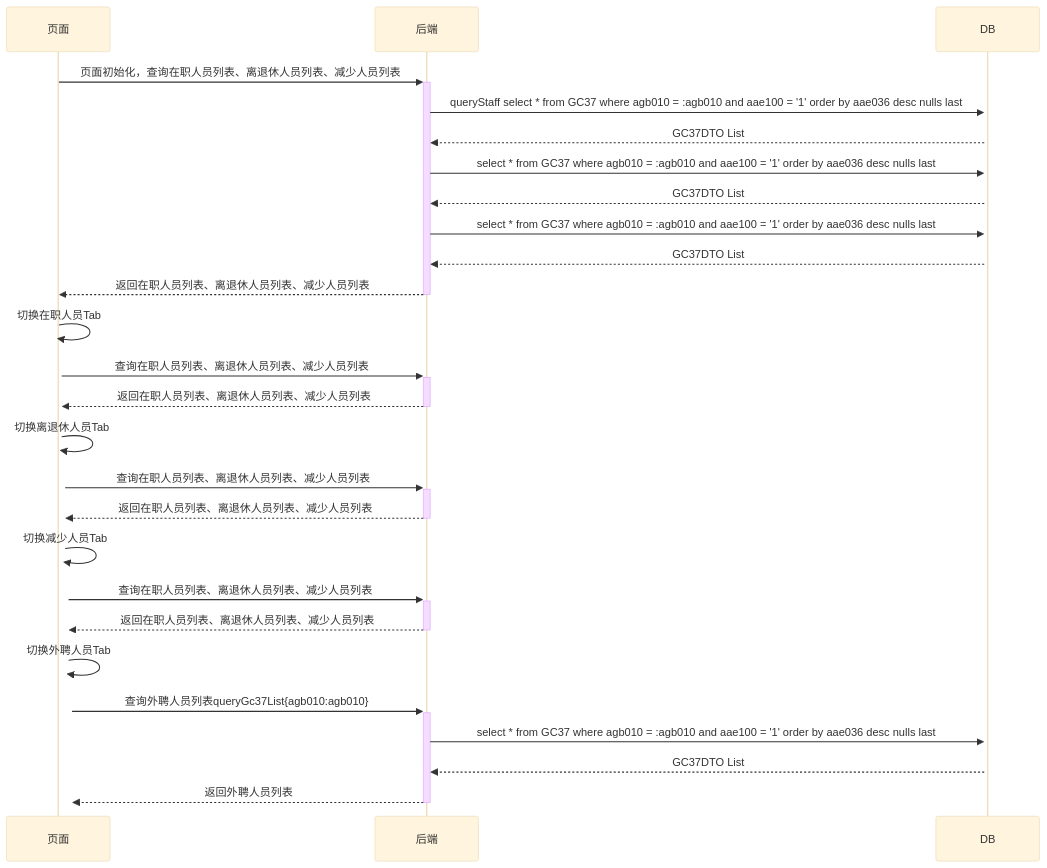
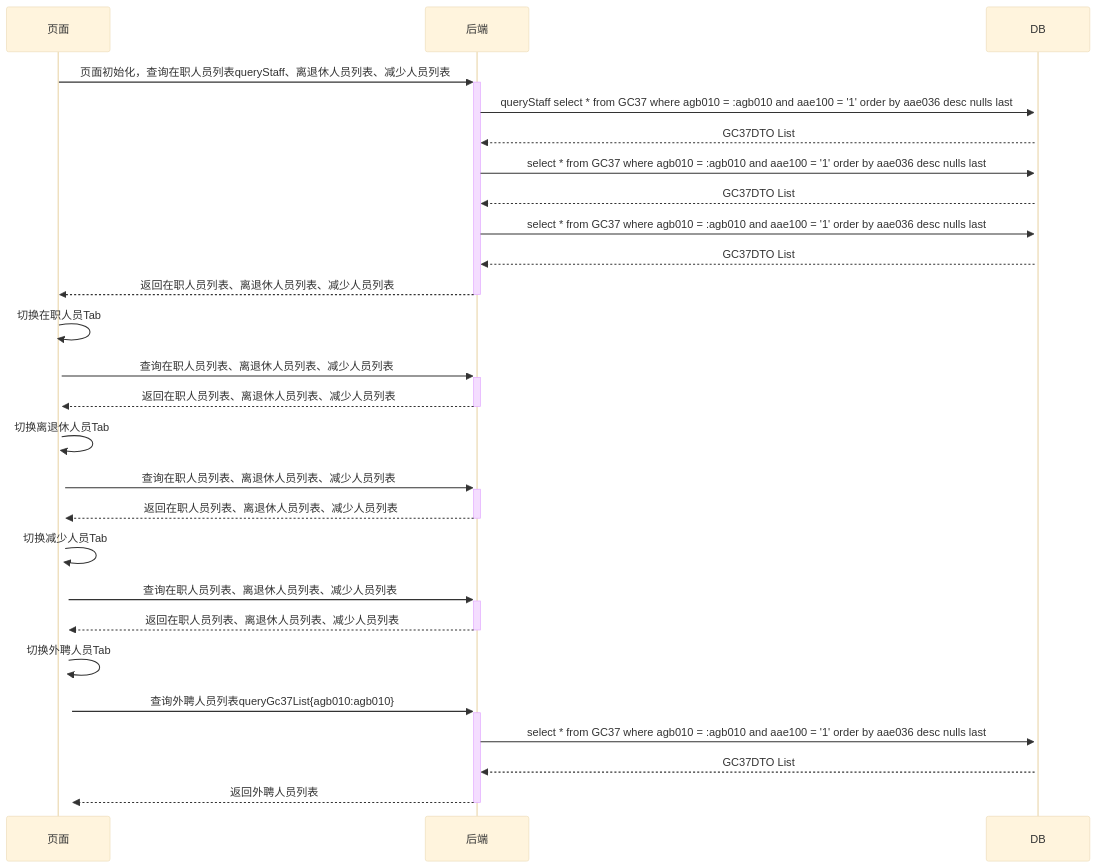
Before and after one commit to ZhangJianBeiJing/iodraw-files: the diagram in all/人员基本信息初始化页面多Tab调用业务流程.md, drawn with Mermaid (base theme).

Commit message:
2025-03-25 10:37:02 update

````diff
--- a/all/人员基本信息初始化页面多Tab调用业务流程.md
+++ b/all/人员基本信息初始化页面多Tab调用业务流程.md
@@ -1,25 +1,25 @@
 ```mermaid
 sequenceDiagram
-    页面->>+后端: 页面初始化，查询在职人员列表、离退休人员列表、减少人员列表
+    页面->>+后端: 页面初始化，查询在职人员列表queryStaff、离退休人员列表、减少人员列表
     后端->>+DB:queryStaff select * from GC37 where agb010 = :agb010 and aae100 = '1' order by aae036 desc nulls last
     DB-->>后端:GC37DTO List
     后端->>+DB:select * from GC37 where agb010 = :agb010 and aae100 = '1' order by aae036 desc nulls last
     DB-->>后端:GC37DTO List
     后端->>+DB:select * from GC37 where agb010 = :agb010 and aae100 = '1' order by aae036 desc nulls last
     DB-->>后端:GC37DTO List
     后端-->>-页面:返回在职人员列表、离退休人员列表、减少人员列表
     页面->>+页面:切换在职人员Tab
     页面->>+后端:查询在职人员列表、离退休人员列表、减少人员列表
     后端-->>-页面:返回在职人员列表、离退休人员列表、减少人员列表
     页面->>+页面:切换离退休人员Tab
     页面->>+后端:查询在职人员列表、离退休人员列表、减少人员列表
     后端-->>-页面:返回在职人员列表、离退休人员列表、减少人员列表
     页面->>+页面:切换减少人员Tab
     页面->>+后端:查询在职人员列表、离退休人员列表、减少人员列表
     后端-->>-页面:返回在职人员列表、离退休人员列表、减少人员列表
     页面->>+页面:切换外聘人员Tab
     页面->>+后端:查询外聘人员列表queryGc37List{agb010:agb010}
     后端->>+DB:select * from GC37 where agb010 = :agb010 and aae100 = '1' order by aae036 desc nulls last
     DB-->>后端:GC37DTO List 
     后端-->>-页面:返回外聘人员列表
 ```
````
